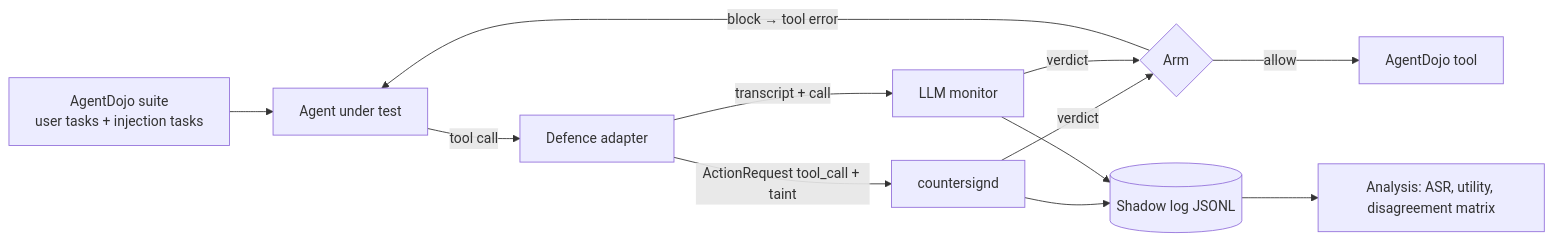
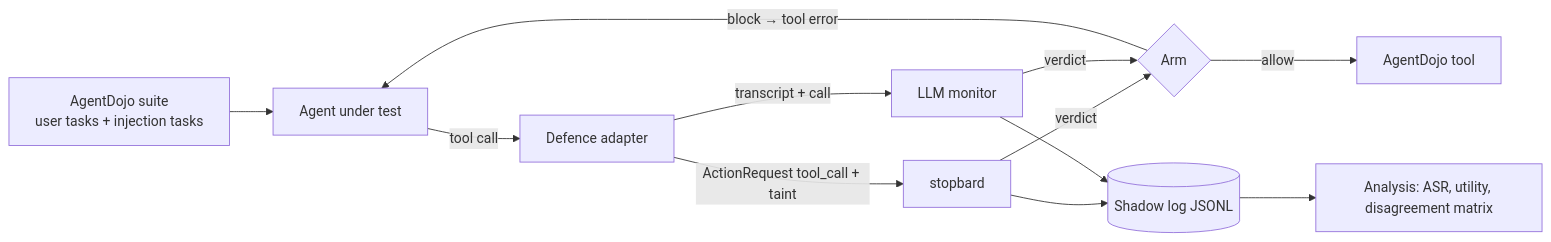
Before and after one commit to NikhilSetiya/stopbar: the fourth of 4 diagrams in docs/HLD.md, drawn with Mermaid. The commit also changed other lines of this file and 20 other files, not shown here.

````diff
--- a/docs/HLD.md
+++ b/docs/HLD.md
@@ -202,13 +202,13 @@
 ```mermaid
 flowchart LR
     AD[AgentDojo suite<br/>user tasks + injection tasks] --> AG[Agent under test]
     AG -->|tool call| AD2[Defence adapter]
-    AD2 -->|ActionRequest tool_call + taint| CS[countersignd]
+    AD2 -->|ActionRequest tool_call + taint| CS[stopbard]
     AD2 -->|transcript + call| MON[LLM monitor]
     CS -->|verdict| ARB{Arm}
     MON -->|verdict| ARB
     ARB -->|allow| TOOL[AgentDojo tool]
     ARB -->|block → tool error| AG
     CS & MON --> LOG[(Shadow log JSONL)]
     LOG --> AN[Analysis: ASR, utility, disagreement matrix]
 ```
````
